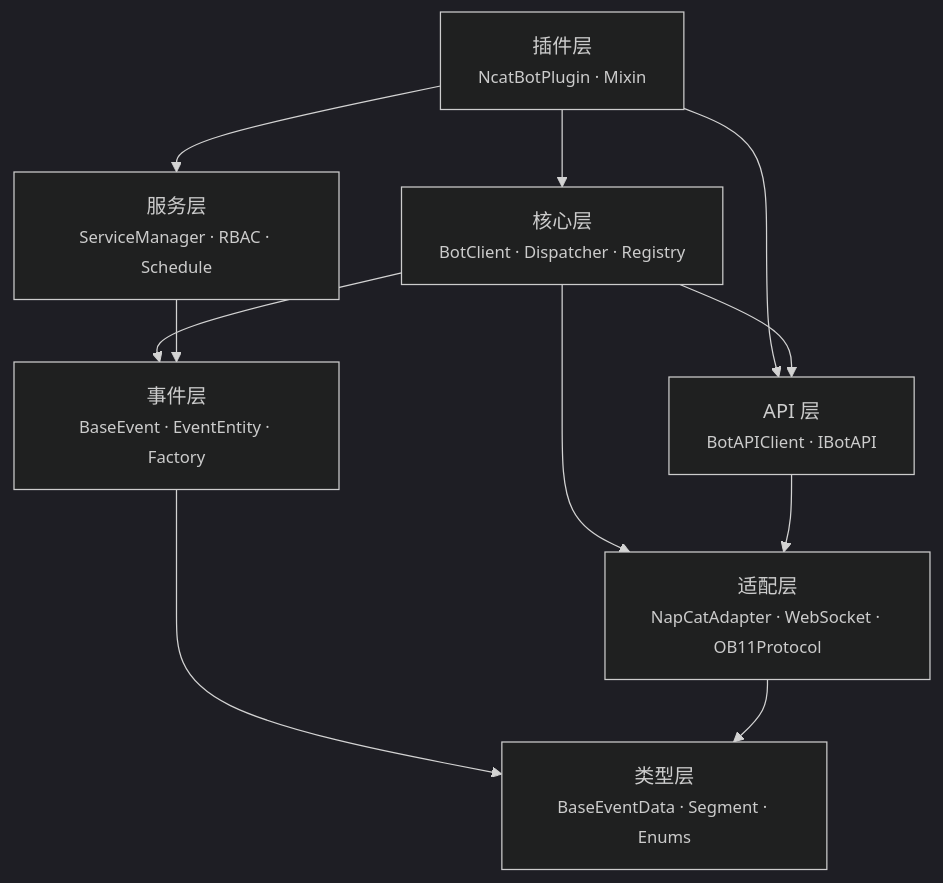
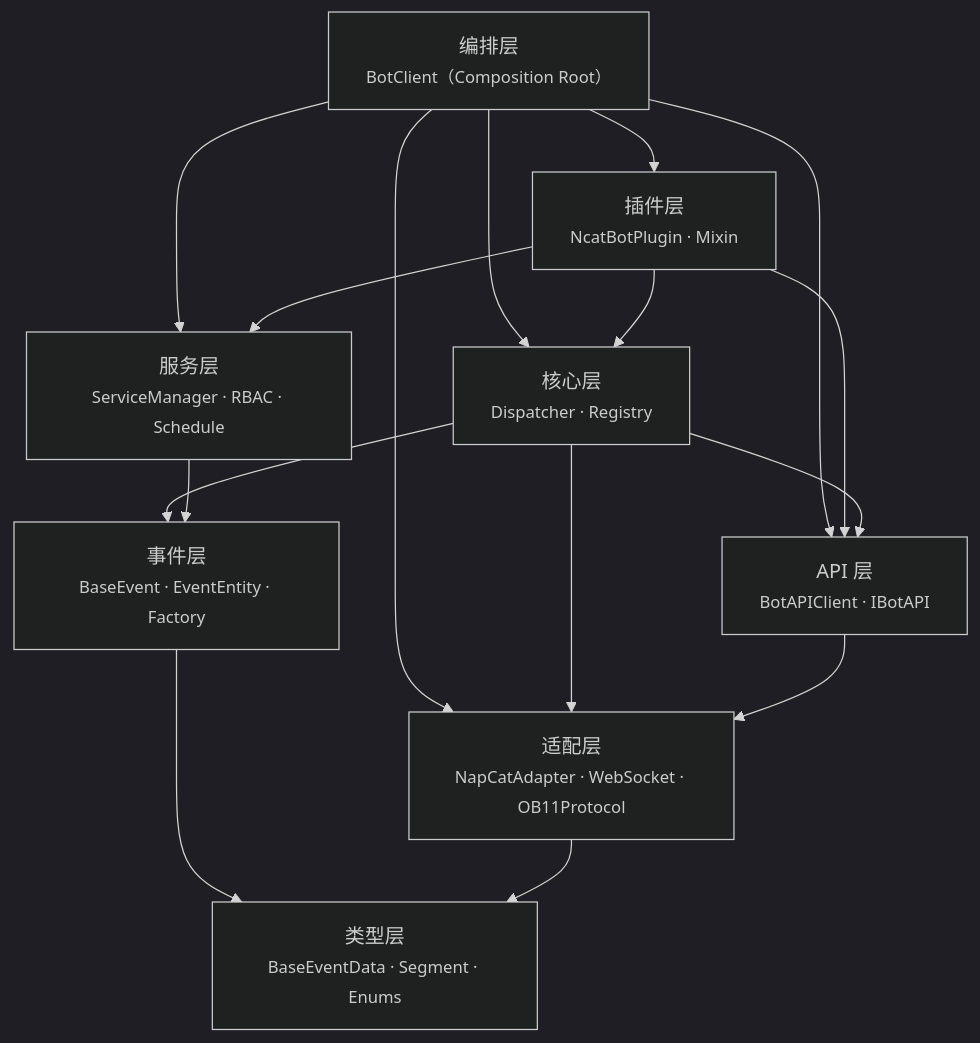
The first of 13 diagrams in docs/architecture.md (Sparrived/ncatbot), drawn with Mermaid (dark theme) before and after one commit. The commit also changed other lines of this file, not shown here.

First line of the commit message:
docs: update architecture for app/ layer and split event flow diagrams

````diff
--- a/docs/architecture.md
+++ b/docs/architecture.md
@@ -118,21 +121,27 @@
 ```mermaid
 graph TB
+    App["编排层<br/><small>BotClient（Composition Root）</small>"]
     Plugin["插件层<br/><small>NcatBotPlugin · Mixin</small>"]
-    Core["核心层<br/><small>BotClient · Dispatcher · Registry</small>"]
+    Core["核心层<br/><small>Dispatcher · Registry</small>"]
     Service["服务层<br/><small>ServiceManager · RBAC · Schedule</small>"]
     API["API 层<br/><small>BotAPIClient · IBotAPI</small>"]
     Event["事件层<br/><small>BaseEvent · EventEntity · Factory</small>"]
     Types["类型层<br/><small>BaseEventData · Segment · Enums</small>"]
     Adapter["适配层<br/><small>NapCatAdapter · WebSocket · OB11Protocol</small>"]
 
+    App --> Plugin
+    App --> Core
+    App --> Service
+    App --> API
+    App --> Adapter
     Plugin --> Core
     Plugin --> API
     Plugin --> Service
     Core --> Event
     Core --> API
     Core --> Adapter
     Service --> Event
     API --> Adapter
     Event --> Types
     Adapter --> Types
 ```
````
